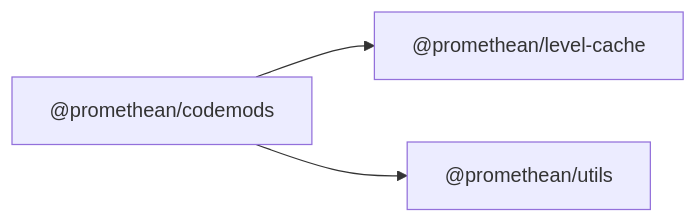
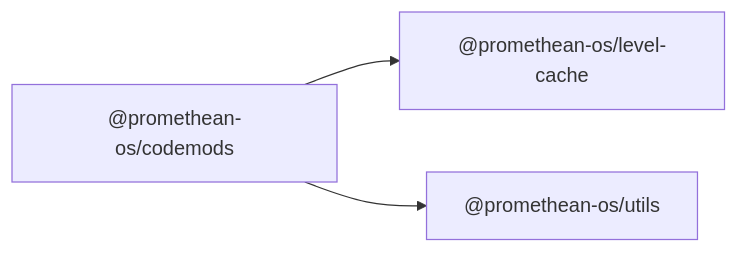
Before and after one commit to octave-commons/promethean: the diagram in docs/packages/codemods/README.md, drawn with Mermaid. The commit also changed other lines of this file and 1753 other files, not shown here.

````diff
--- a/docs/packages/codemods/README.md
+++ b/docs/packages/codemods/README.md
@@ -14,10 +14,10 @@
 ```mermaid
 graph LR
-  A["@promethean/codemods"]
-  D1["@promethean/level-cache"]
-  D2["@promethean/utils"]
-  A --> D1["@promethean/level-cache"]
-  A --> D2["@promethean/utils"]
-  click D1 "../level-cache/README.md" "@promethean/level-cache"
-  click D2 "../utils/README.md" "@promethean/utils"
+  A["@promethean-os/codemods"]
+  D1["@promethean-os/level-cache"]
+  D2["@promethean-os/utils"]
+  A --> D1["@promethean-os/level-cache"]
+  A --> D2["@promethean-os/utils"]
+  click D1 "../level-cache/README.md" "@promethean-os/level-cache"
+  click D2 "../utils/README.md" "@promethean-os/utils"
 ```
````
